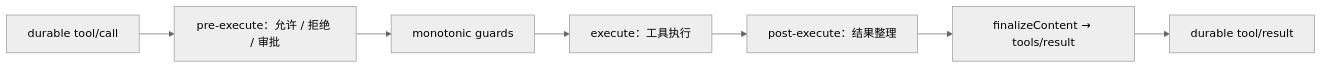
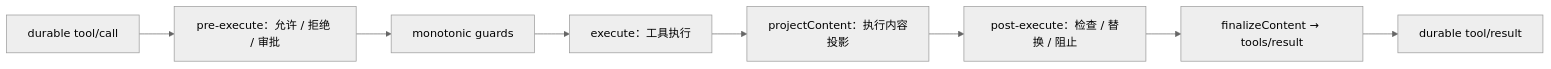
One commit to yang0228/deepseek-harness-analysis changed the diagram in docs/deep-dives/tools-and-ptc.md. Above: the diagram before and after it, drawn with Mermaid (neutral theme). The commit also changed other lines of this file and 42 other files, not shown here.

````diff
--- a/docs/deep-dives/tools-and-ptc.md
+++ b/docs/deep-dives/tools-and-ptc.md
@@ -27,9 +27,10 @@
 ```mermaid
 flowchart LR
   Call["durable tool/call"] --> Pre["pre-execute：允许 / 拒绝 / 审批"]
   Pre --> Guard["monotonic guards"]
   Guard --> Exec["execute：工具执行"]
-  Exec --> Post["post-execute：结果整理"]
+  Exec --> Project["projectContent：执行内容投影"]
+  Project --> Post["post-execute：检查 / 替换 / 阻止"]
   Post --> Final["finalizeContent → tools/result"]
   Final --> Result["durable tool/result"]
 ```
````
